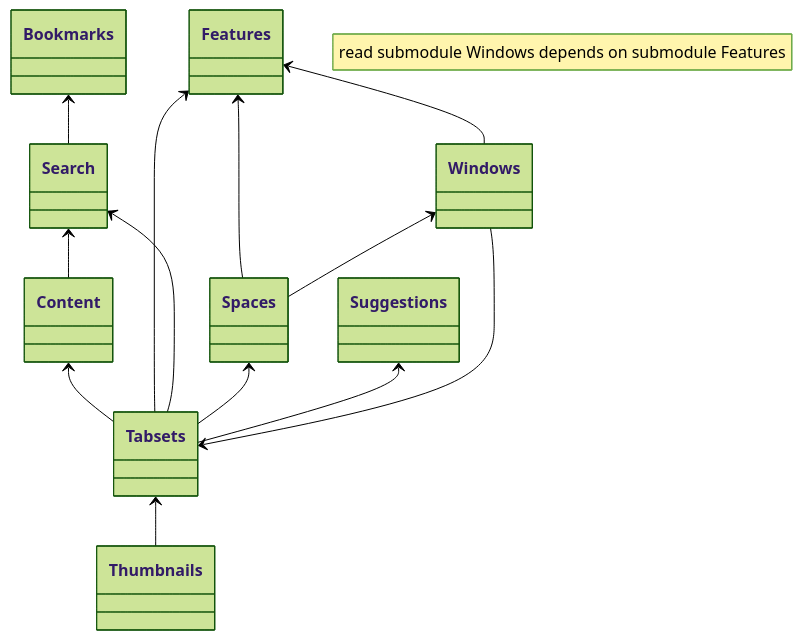
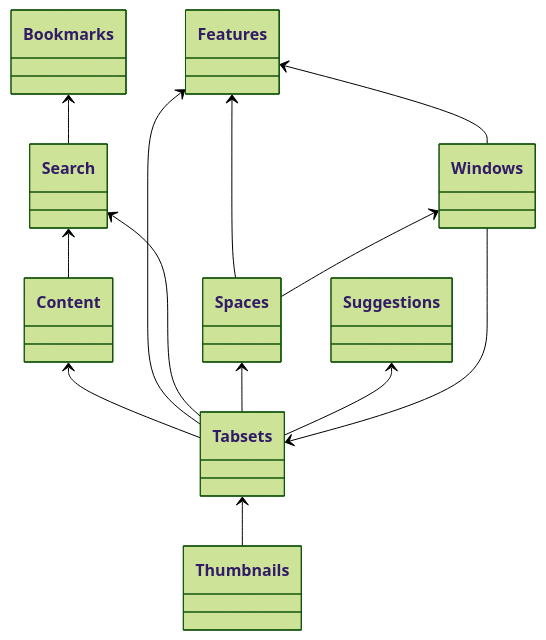
The diagram in docs/submodules/index.md (evandor/tabsets), drawn with Mermaid (forest theme) before and after one commit. The commit also changed other lines of this file and 5 other files, not shown here.

````diff
--- a/docs/submodules/index.md
+++ b/docs/submodules/index.md
@@ -31,19 +9,18 @@
 ```mermaid
 classDiagram
-  note "read submodule Windows depends on submodule Features"
   Features <-- Windows
   Tabsets <-- Windows
   Tabsets <-- Thumbnails
   Content <-- Tabsets
   Features <-- Tabsets
   Search <-- Tabsets
   Spaces <-- Tabsets
   Suggestions <-- Tabsets
   Features <-- Spaces
   Windows <-- Spaces
 
   Bookmarks <-- Search
 
   Search <-- Content
 
 ```
````
